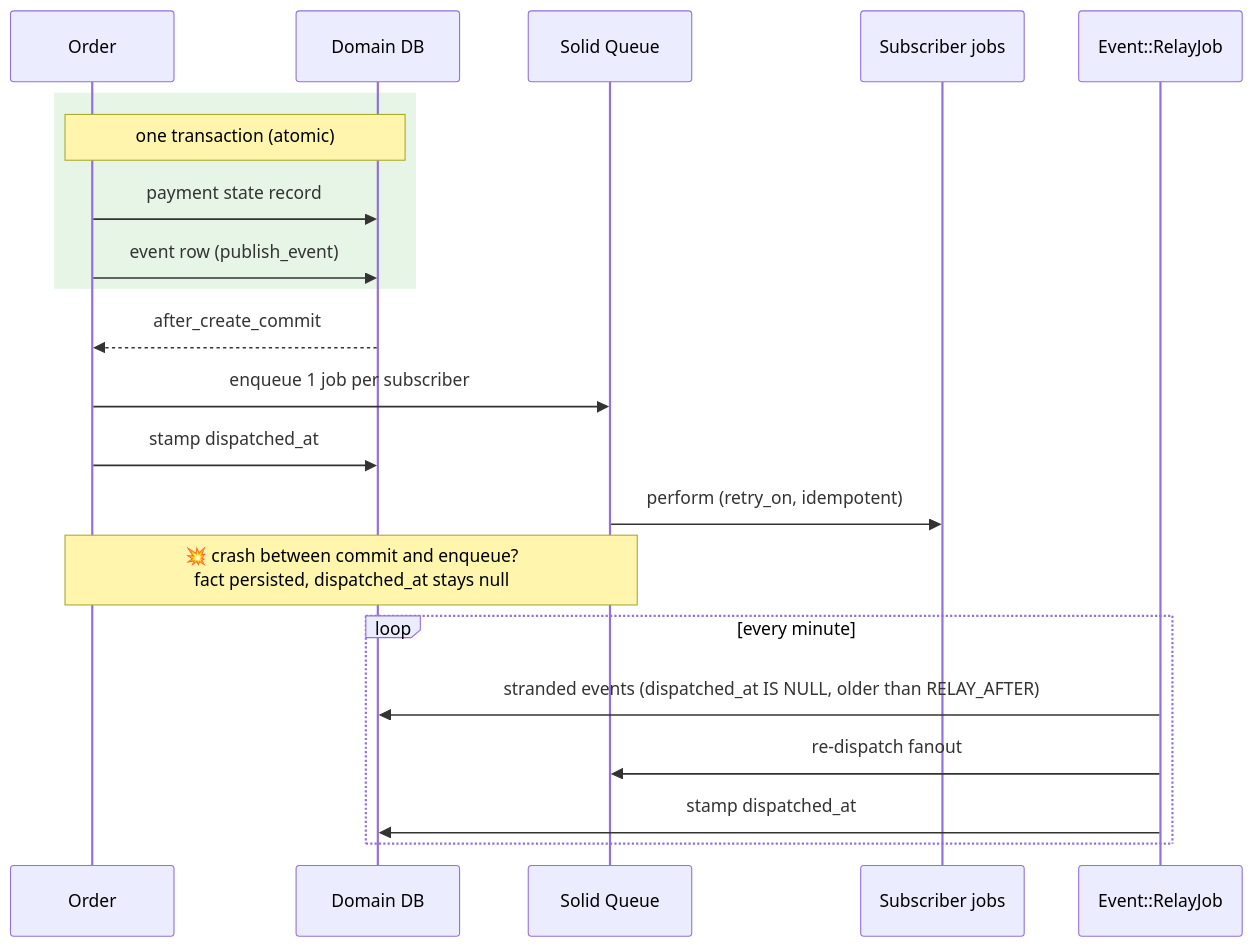
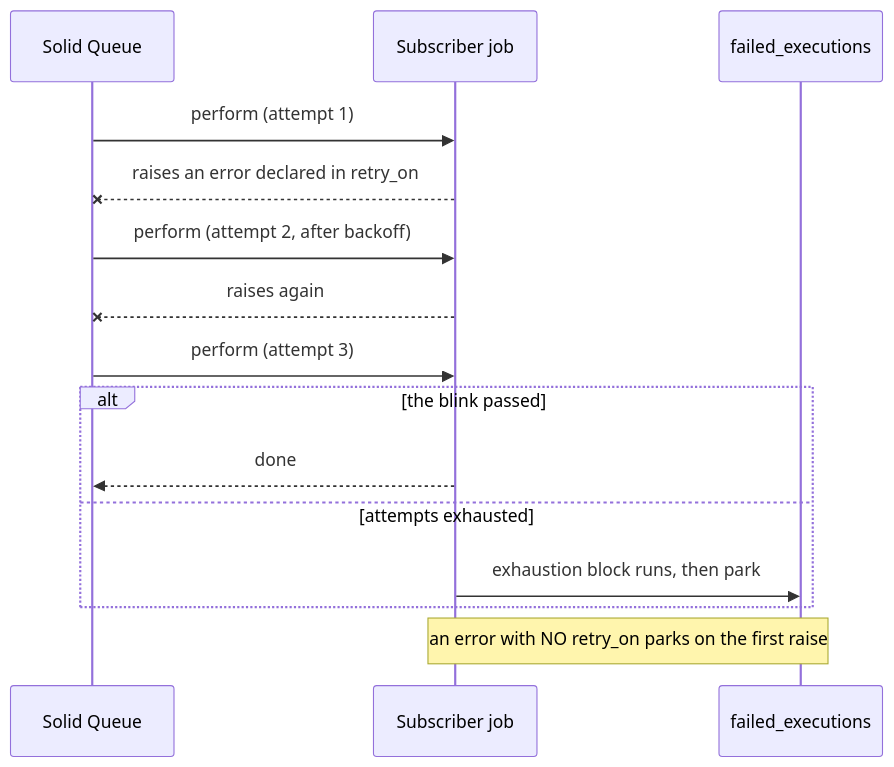
One commit to wcalderipe/rails-vanilla-domain-events changed the diagram in README.md. Above: the diagram before and after it, drawn with Mermaid. The commit also changed other lines of this file and 2 other files, not shown here.

Commit message:
feat: retry, discard, and exhaustion as a state

````diff
--- a/README.md
+++ b/README.md
@@ -68,26 +69,20 @@
 ```mermaid
 sequenceDiagram
-  participant O as Order#pay
-  participant DB as Domain DB
   participant Q as Solid Queue
-  participant S as Subscriber jobs
-  participant R as Event::RelayJob
+  participant J as Subscriber job
+  participant F as failed_executions
 
-  rect rgb(230, 245, 230)
-    note over O,DB: one transaction (atomic)
-    O->>DB: payment state record
-    O->>DB: event row (publish_event)
+  Q->>J: perform (attempt 1)
+  J--xQ: raises an error declared in retry_on
+  Q->>J: perform (attempt 2, after backoff)
+  J--xQ: raises again
+  Q->>J: perform (attempt 3)
+
+  alt the blink passed
+    J-->>Q: done
+  else attempts exhausted
+    J->>F: exhaustion block runs, then park
   end
 
-  DB-->>O: after_create_commit
-  O->>Q: enqueue 1 job per subscriber
-  O->>DB: stamp dispatched_at
-  Q->>S: perform (retry_on, idempotent)
-
-  note over O,Q: 💥 crash between commit and enqueue?<br/>fact persisted, dispatched_at stays null
-  loop every minute
-    R->>DB: stranded events (dispatched_at IS NULL, older than RELAY_AFTER)
-    R->>Q: re-dispatch fanout
-    R->>DB: stamp dispatched_at
-  end
+  note over J,F: an error with NO retry_on parks on the first raise
 ```
````
